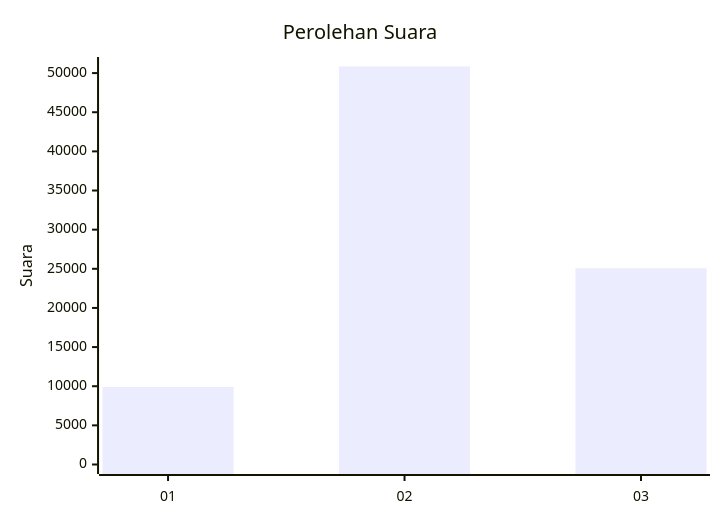
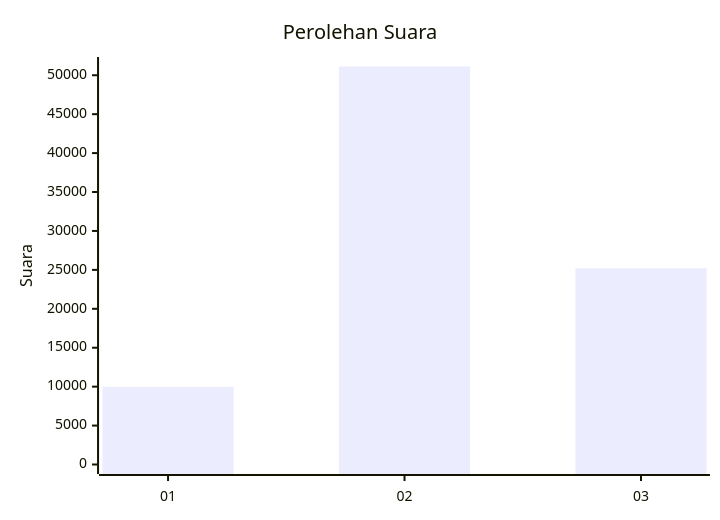
The first of 2 diagrams in pilpres/hitung-suara/sub/table-wilayah-92.md (gigit-pemilu/pemilu-2024), drawn with Mermaid before and after one commit. The commit also changed other lines of this file and 5 other files, not shown here.

````diff
--- a/pilpres/hitung-suara/sub/table-wilayah-92.md
+++ b/pilpres/hitung-suara/sub/table-wilayah-92.md
@@ -7,7 +7,7 @@
 ```mermaid
 xychart-beta
     title "Perolehan Suara"
     x-axis [01, 02, 03]
-    y-axis "Suara" 0 --> 50842
-    bar [9905, 50842, 25072]
+    y-axis "Suara" 0 --> 51124
+    bar [9962, 51124, 25210]
 ```
````
